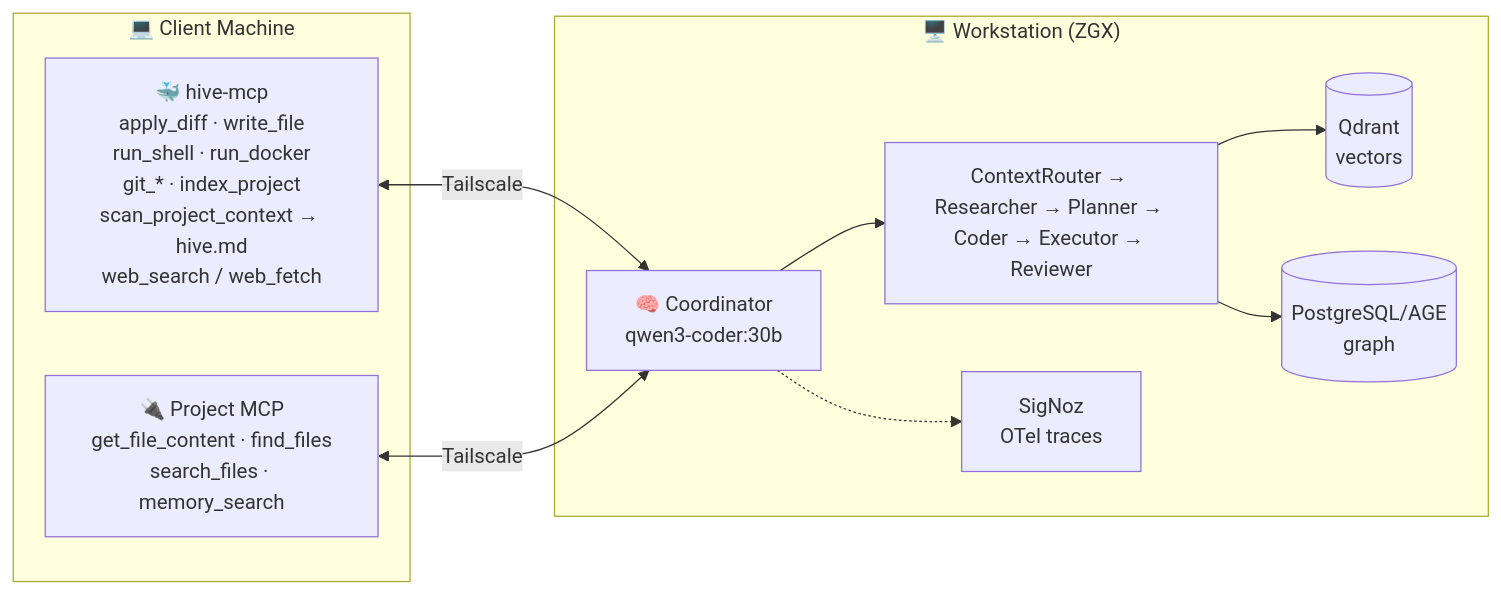
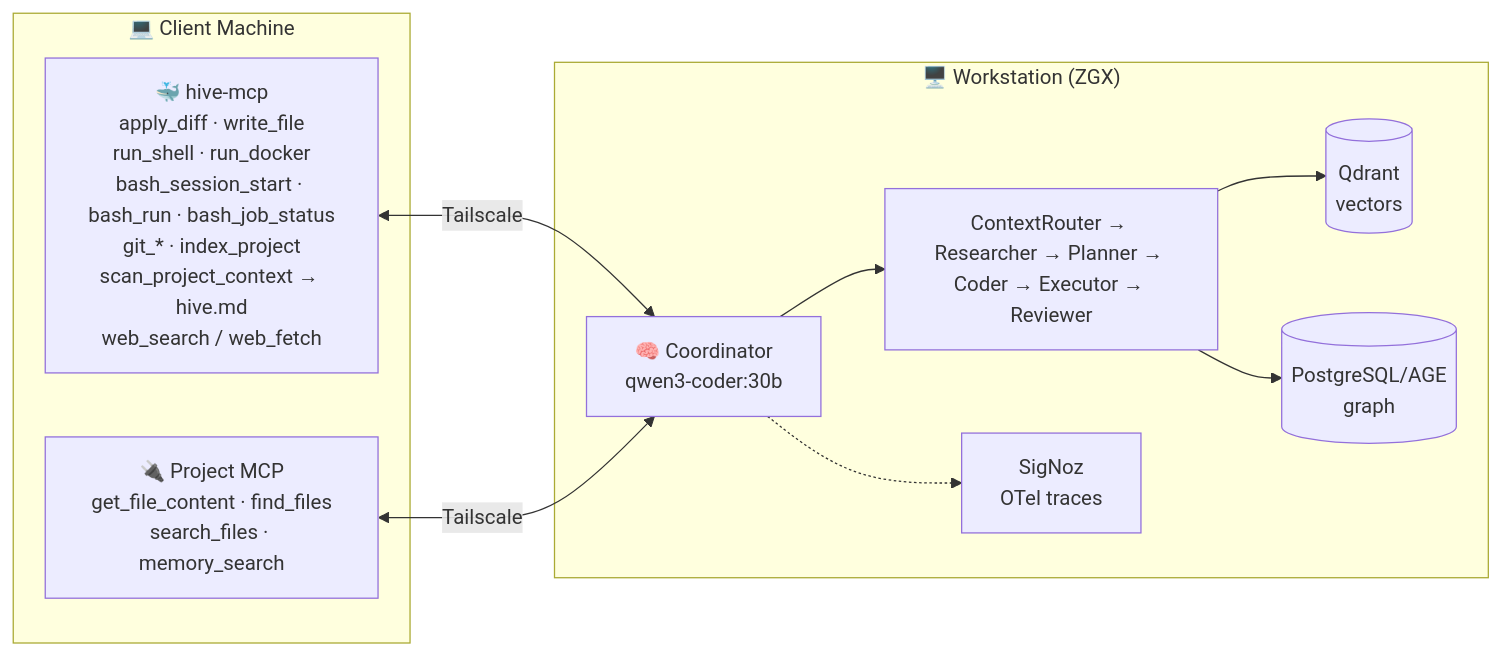
Before and after one commit to abehera1992/agno-hive: the diagram in README.md, drawn with Mermaid. The commit also changed 3 other files, not shown here.

````diff
--- a/README.md
+++ b/README.md
@@ -32,22 +32,22 @@
 ```mermaid
 flowchart LR
     subgraph Client["💻 Client Machine"]
-        HM["🐳 hive-mcp<br/>apply_diff · write_file<br/>run_shell · run_docker<br/>git_* · index_project<br/>scan_project_context → hive.md<br/>web_search / web_fetch"]
+        HM["🐳 hive-mcp<br/>apply_diff · write_file<br/>run_shell · run_docker<br/>bash_session_start · bash_run · bash_job_status<br/>git_* · index_project<br/>scan_project_context → hive.md<br/>web_search / web_fetch"]
         PM["🔌 Project MCP<br/>get_file_content · find_files<br/>search_files · memory_search"]
     end
 
     subgraph ZGX["🖥️ Workstation (ZGX)"]
         COORD["🧠 Coordinator<br/>qwen3-coder:30b"]
         PIPE["ContextRouter → Researcher → Planner → Coder → Executor → Reviewer"]
         QD[("Qdrant<br/>vectors")]
         PG[("PostgreSQL/AGE<br/>graph")]
         SZ["SigNoz<br/>OTel traces"]
     end
 
     HM <-->|Tailscale| COORD
     PM <-->|Tailscale| COORD
     COORD --> PIPE
     PIPE --> QD
     PIPE --> PG
     COORD -.-> SZ
 ```
````
